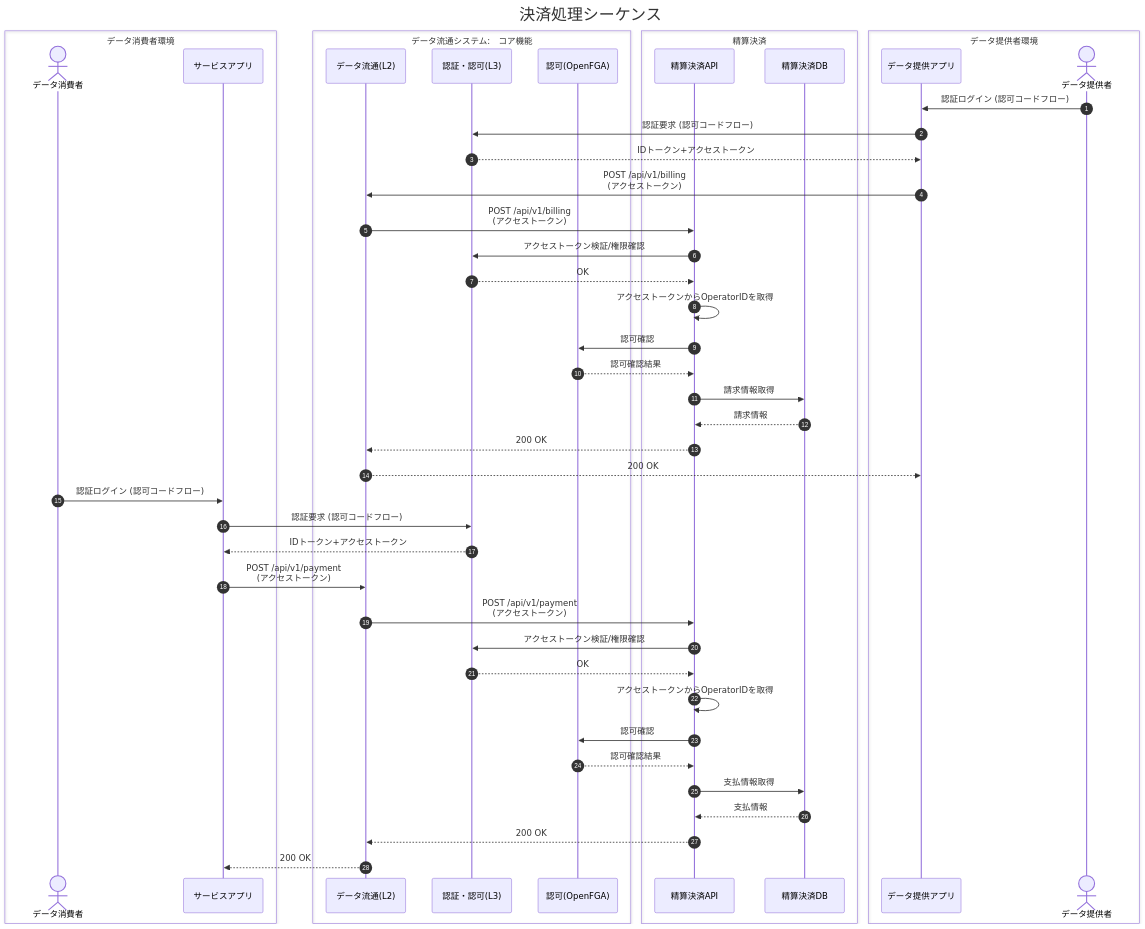
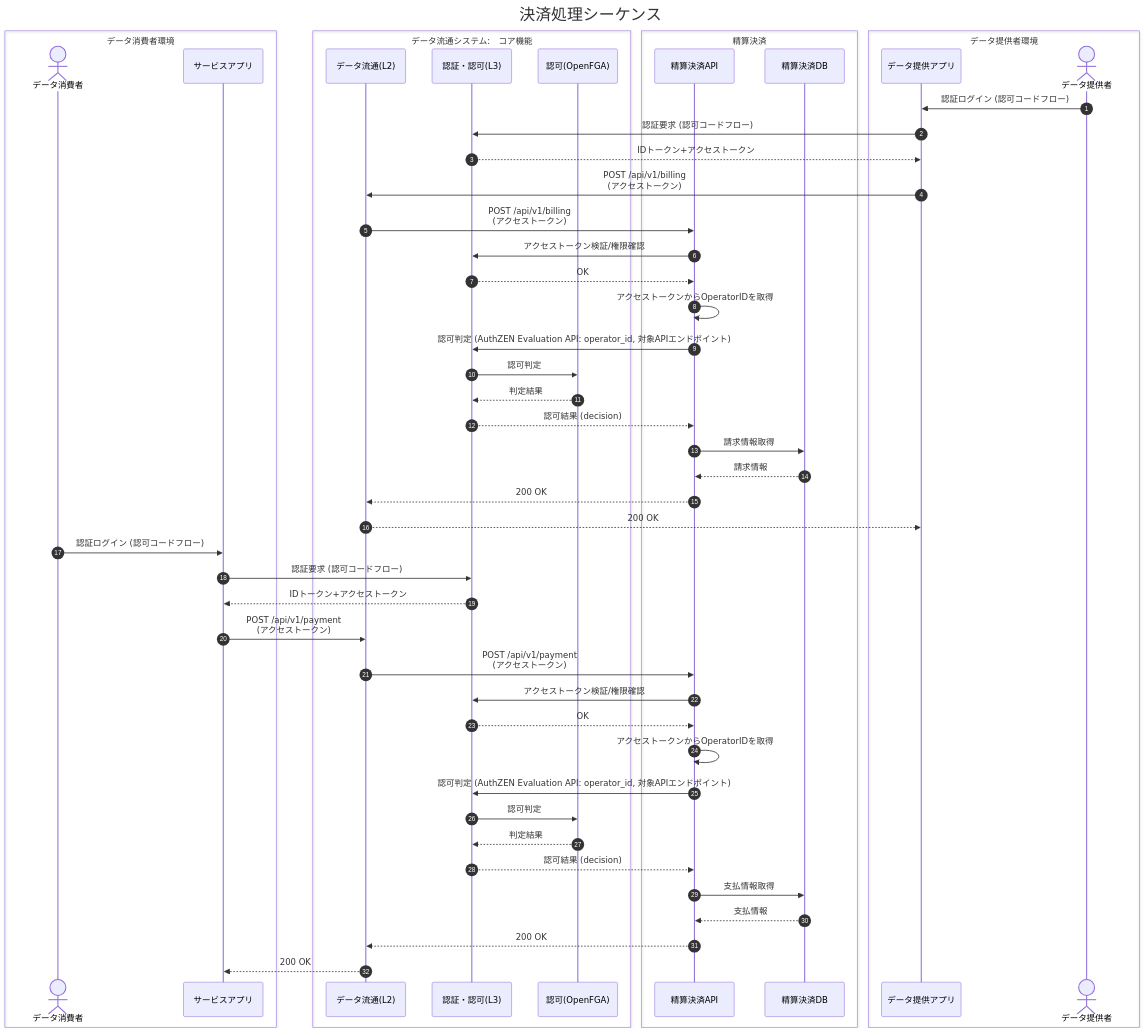
The fourth of 6 diagrams in docs/detail_design.md (open-dataspaces/DCS-Payment), drawn with Mermaid before and after one commit. The commit also changed other lines of this file and 6 other files, not shown here.

First line of the commit message:
Route authorization checks through L3 AuthZEN API

````diff
--- a/docs/detail_design.md
+++ b/docs/detail_design.md
@@ -282,72 +298,76 @@
 ```mermaid 
 ---
 title: 決済処理シーケンス
 config:
   themeVariables:
     fontSize: 30px
 ---
 
 sequenceDiagram
 autonumber
 
 box データ消費者環境
   actor C as データ消費者
   participant C_SA as サービスアプリ
 end
 
 box データ流通システム:　コア機能
   participant CORE_L2 as データ流通(L2)
   participant CORE_L3 as 認証・認可(L3)
   participant AUTHZ as 認可(OpenFGA)
 end
 
 box 精算決済
   participant PAYMENT as 精算決済API
   participant PAYMENT_DB as 精算決済DB
 end
 
 box データ提供者環境
   participant P_SA as データ提供アプリ
   actor P as データ提供者
 end
 
 %% 共通前提：アクセストークン取得
 P->>P_SA: 認証ログイン (認可コードフロー)
 P_SA->>CORE_L3: 認証要求 (認可コードフロー)
 CORE_L3-->>P_SA: IDトークン+アクセストークン
 
 
 %% --- 請求予定額取得--
 P_SA->>CORE_L2:　POST /api/v1/billing<BR>(アクセストークン)
 CORE_L2->>PAYMENT:　POST /api/v1/billing<BR>(アクセストークン)
 
 PAYMENT->>CORE_L3: アクセストークン検証/権限確認
 CORE_L3-->>PAYMENT: OK
 PAYMENT->>PAYMENT: アクセストークンからOperatorIDを取得
-PAYMENT->>AUTHZ: 認可確認
-AUTHZ-->>PAYMENT: 認可確認結果
+PAYMENT->>CORE_L3: 認可判定 (AuthZEN Evaluation API: operator_id, 対象APIエンドポイント)
+CORE_L3->>AUTHZ: 認可判定
+AUTHZ-->>CORE_L3: 判定結果
+CORE_L3-->>PAYMENT: 認可結果 (decision)
 PAYMENT->>PAYMENT_DB: 請求情報取得
 PAYMENT_DB-->>PAYMENT: 請求情報
 PAYMENT-->>CORE_L2: 200 OK
 CORE_L2-->>P_SA: 200 OK
 
 %% 共通前提：アクセストークン取得
 C->>C_SA: 認証ログイン (認可コードフロー)
 C_SA->>CORE_L3: 認証要求 (認可コードフロー)
 CORE_L3-->>C_SA: IDトークン+アクセストークン
 
 %% --- 支払予定額取得--
 C_SA->>CORE_L2:　POST /api/v1/payment<BR>(アクセストークン)
 CORE_L2->>PAYMENT:　POST /api/v1/payment<BR>(アクセストークン)
 
 PAYMENT->>CORE_L3: アクセストークン検証/権限確認
 CORE_L3-->>PAYMENT: OK
 PAYMENT->>PAYMENT: アクセストークンからOperatorIDを取得
-PAYMENT->>AUTHZ: 認可確認
-AUTHZ-->>PAYMENT: 認可確認結果
+PAYMENT->>CORE_L3: 認可判定 (AuthZEN Evaluation API: operator_id, 対象APIエンドポイント)
+CORE_L3->>AUTHZ: 認可判定
+AUTHZ-->>CORE_L3: 判定結果
+CORE_L3-->>PAYMENT: 認可結果 (decision)
 PAYMENT->>PAYMENT_DB: 支払情報取得
 PAYMENT_DB-->>PAYMENT: 支払情報
 PAYMENT-->>CORE_L2: 200 OK
 CORE_L2-->>C_SA: 200 OK
 
 ```
````
